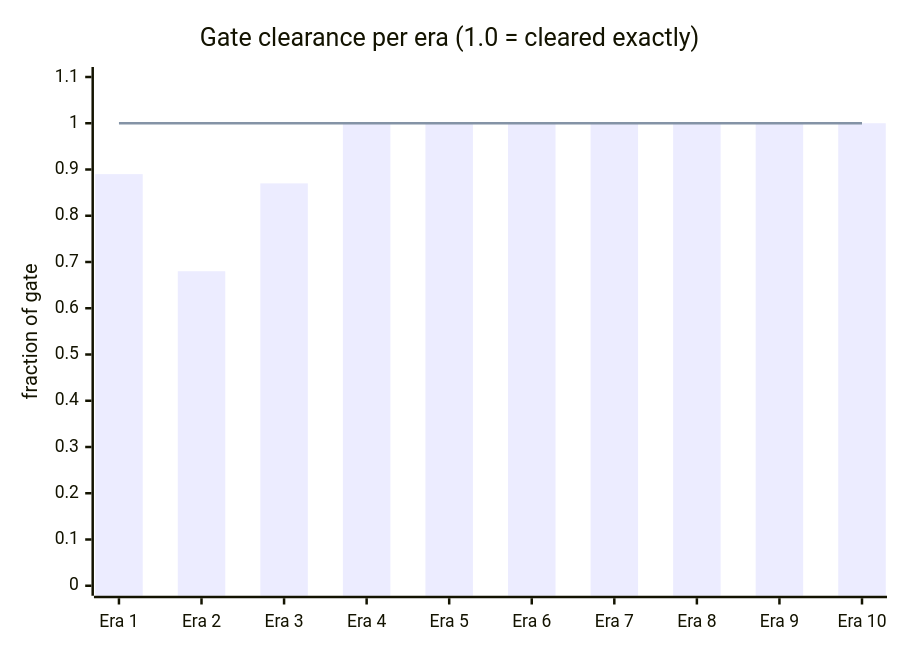
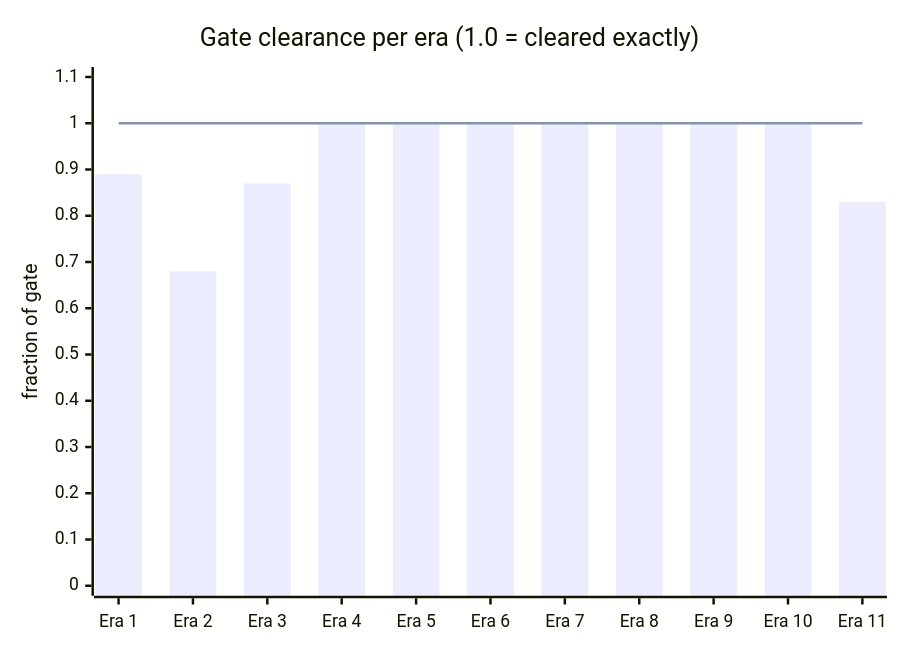
One commit to get-tmonier/argot changed the second of 13 diagrams in docs/research/README.md. Above: the diagram before and after it, drawn with Mermaid. The commit also changed other lines of this file and 26 other files, not shown here.

````diff
--- a/docs/research/README.md
+++ b/docs/research/README.md
@@ -79,8 +84,8 @@
 ```mermaid
 xychart-beta
     title "Gate clearance per era (1.0 = cleared exactly)"
-    x-axis ["Era 1", "Era 2", "Era 3", "Era 4", "Era 5", "Era 6", "Era 7", "Era 8", "Era 9", "Era 10"]
+    x-axis ["Era 1", "Era 2", "Era 3", "Era 4", "Era 5", "Era 6", "Era 7", "Era 8", "Era 9", "Era 10", "Era 11"]
     y-axis "fraction of gate" 0 --> 1.1
-    bar [0.89, 0.68, 0.87, 1.00, 1.00, 1.00, 1.00, 1.00, 1.00, 1.00]
-    line [1.0, 1.0, 1.0, 1.0, 1.0, 1.0, 1.0, 1.0, 1.0, 1.0]
+    bar [0.89, 0.68, 0.87, 1.00, 1.00, 1.00, 1.00, 1.00, 1.00, 1.00, 0.83]
+    line [1.0, 1.0, 1.0, 1.0, 1.0, 1.0, 1.0, 1.0, 1.0, 1.0, 1.0]
 ```
````
